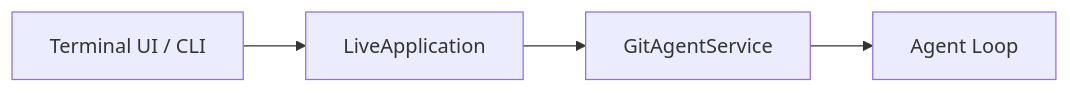
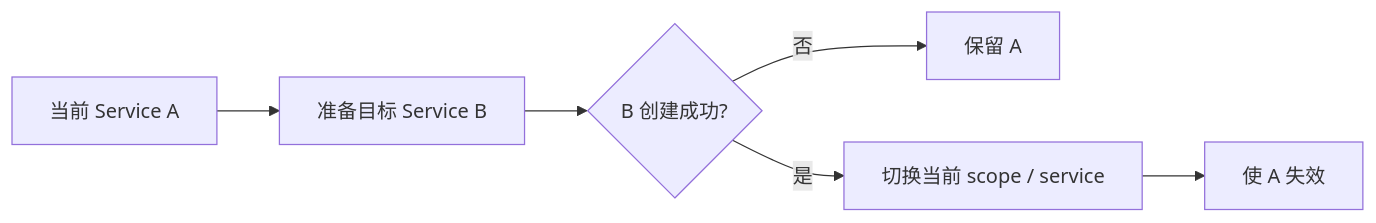
Before and after one commit to Arthur999459up/GitAgent: the seventh of 12 diagrams in docs/13-application-config-and-prompts.md, drawn with Mermaid. The commit also changed other lines of this file and 16 other files, not shown here.

````diff
--- a/docs/13-application-config-and-prompts.md
+++ b/docs/13-application-config-and-prompts.md
@@ -200,6 +278,8 @@
 ```mermaid
 flowchart LR
-    CLI[Terminal UI / CLI] --> APP[LiveApplication]
-    APP --> SVC[GitAgentService]
-    SVC --> LOOP[Agent Loop]
+    CUR[当前 Service A] --> PREP[准备目标 Service B]
+    PREP --> OK{B 创建成功?}
+    OK -->|否| KEEP[保留 A]
+    OK -->|是| SWAP[切换当前 scope / service]
+    SWAP --> INV[使 A 失效]
 ```
````
